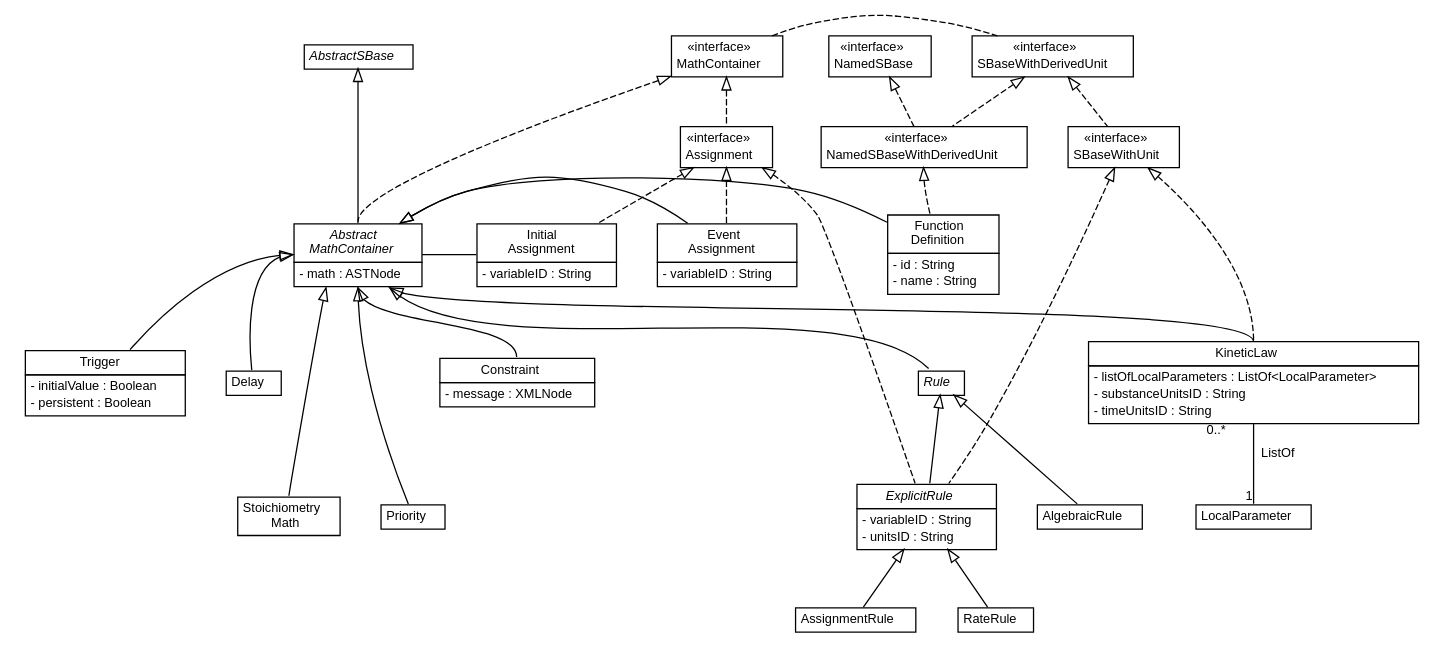
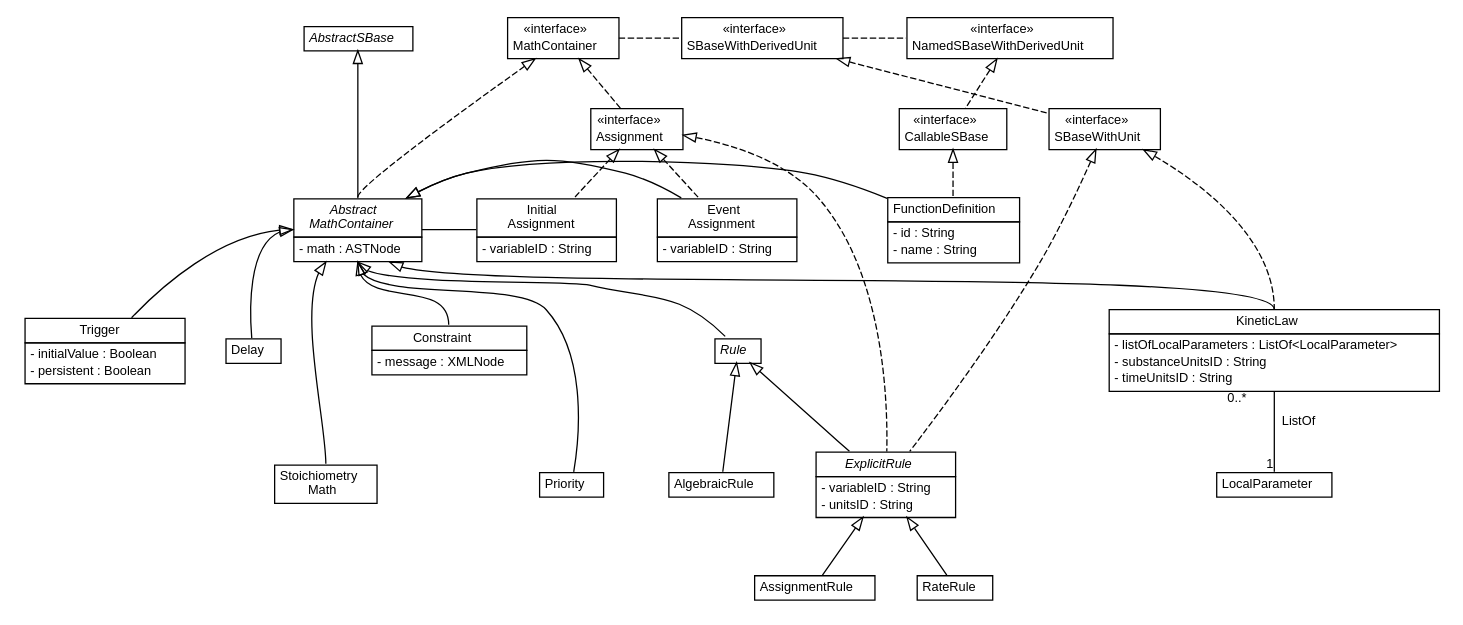
Before and after one commit to sbmlteam/jsbml: the diagram in doc/img/MathContainer.dot, drawn with Graphviz. The commit also changed 10 other files, not shown here.

Commit message:
Updated and improved the documentation about differences between JSBML and libSBML.

```diff
--- a/doc/img/MathContainer.dot
+++ b/doc/img/MathContainer.dot
@@ -19,7 +19,7 @@
 // <tr><td align="center" balign="center"> SBase </td></tr>
 // 		</table></td></tr>
 // 		</table>>, fontname="Helvetica", fontcolor="black", fontsize=10.0];
-// //org.sbml.jsbml.NamedSBaseWithDerivedUnit implements org.sbml.jsbml.NamedSBase
+// //org.sbml.jsbml.CallableSBase implements org.sbml.jsbml.NamedSBaseWithDerivedUnit
 // 	c:p -> c11:p [dir=back,arrowtail=empty,style=dashed];
 // //org.sbml.jsbml.AbstractSBase implements org.sbml.jsbml.SBase
 // 	c:p -> c18:p [dir=back,arrowtail=empty,style=dashed];
@@ -114,11 +114,11 @@
 // <tr><td align="center" balign="center"> ListOf&lt;T extends SBase&gt; </td></tr>
 // 		</table></td></tr>
 // 		</table>>, fontname="Helvetica", fontcolor="black", fontsize=10.0];
-	// org.sbml.jsbml.NamedSBaseWithDerivedUnit
-	c11 [height=0.1,width=0.1,label=<<table title="org.sbml.jsbml.NamedSBaseWithDerivedUnit" border="0" cellborder="1" cellspacing="0" cellpadding="2" port="p">
+	// org.sbml.jsbml.CallableSBase
+	c11 [height=0.1,width=0.1,label=<<table title="org.sbml.jsbml.CallableSBase" border="0" cellborder="1" cellspacing="0" cellpadding="2" port="p">
 		<tr><td><table border="0" cellspacing="0" cellpadding="1">
 <tr><td align="center" balign="center"> &#171;interface&#187; </td></tr>
-<tr><td align="center" balign="center"> NamedSBaseWithDerivedUnit </td></tr>
+<tr><td align="center" balign="center"> CallableSBase </td></tr>
 		</table></td></tr>
 		</table>>, fontname="Helvetica", fontcolor="black", fontsize=10.0];
 	// org.sbml.jsbml.AbstractMathContainer
@@ -158,7 +158,7 @@
 	// org.sbml.jsbml.FunctionDefinition
 	c17 [height=0.1,label=<<table title="org.sbml.jsbml.FunctionDefinition" border="0" cellborder="1" cellspacing="0" cellpadding="2" port="p">
 		<tr><td><table border="0" cellspacing="0" cellpadding="1">
-<tr><td align="center" balign="center"> Function<br/>Definition </td></tr>
+<tr><td align="center" balign="center"> FunctionDefinition </td></tr>
 		</table></td></tr>
 		<tr><td><table border="0" cellspacing="0" cellpadding="1">
 <tr><td align="left" balign="left"> - id : String </td></tr>
@@ -183,7 +183,7 @@
 	//org.sbml.jsbml.EventAssignment extends org.sbml.jsbml.AbstractMathContainer
 	c12:p -> c0:p [dir=back,arrowtail=empty];
 	//org.sbml.jsbml.Rule extends org.sbml.jsbml.AbstractMathContainer
-	c12:se -> c1:nw [dir=back,arrowtail=empty];
+	c12:s -> c1:nw [dir=back,arrowtail=empty];
 	//org.sbml.jsbml.AlgebraicRule extends org.sbml.jsbml.Rule
 	c1:p -> c2:p [dir=back,arrowtail=empty];
 	//org.sbml.jsbml.ExplicitRule extends org.sbml.jsbml.Rule
@@ -224,7 +224,7 @@
 	c16:s -> c21:p [taillabel="0..*       ", label="  ListOf", headlabel="1", fontname="Helvetica", fontcolor="black", fontsize=10.0, color="black", arrowhead=none, arrowtail=diamond];
 	//org.sbml.jsbml.FunctionDefinition extends org.sbml.jsbml.AbstractMathContainer
 	c12:p -> c17:p [dir=back,arrowtail=empty];
-	//org.sbml.jsbml.FunctionDefinition implements org.sbml.jsbml.NamedSBaseWithDerivedUnit
+	//org.sbml.jsbml.FunctionDefinition implements org.sbml.jsbml.CallableSBase
 	c11:s -> c17:p [dir=back,arrowtail=empty,style=dashed];
 	// MathContainer
 	c18[label=<<table title="org.sbml.jsbml.MathContainer" border="0" cellborder="1" cellspacing="0" cellpadding="2" port="p">
@@ -260,11 +260,11 @@
 <tr><td align="center" balign="center"> SBaseWithDerivedUnit </td></tr>
 		</table></td></tr>
 		</table>>, fontname="Helvetica", fontcolor="black", fontsize=10.0];
-        // NamedSBase
-        c23 [height=0.1,width=0.1,label=<<table title="org.sbml.jsbml.NamedSBase" border="0" cellborder="1" cellspacing="0" cellpadding="2" port="p">
+        // NamedSBaseWithDerivedUnit
+        c23 [height=0.1,width=0.1,label=<<table title="org.sbml.jsbml.NamedSBaseWithDerivedUnit" border="0" cellborder="1" cellspacing="0" cellpadding="2" port="p">
 		<tr><td><table border="0" cellspacing="0" cellpadding="1">
 <tr><td align="center" balign="center"> &#171;interface&#187; </td></tr>
-<tr><td align="center" balign="center"> NamedSBase </td></tr>
+<tr><td align="center" balign="center"> NamedSBaseWithDerivedUnit </td></tr>
 		</table></td></tr>
 		</table>>, fontname="Helvetica", fontcolor="black", fontsize=10.0];
 	// org.sbml.jsbml.SBaseWithUnit
@@ -295,7 +295,8 @@
 c1:s -> c17:n [style="invis"];
 c18:p -> c22:p [dir=back,arrowtail=none,style=dashed,arrowhead=empty];
 // c22:p -> c12:n [dir=back,arrowtail=empty,style=dashed];
-c22:p -> c11:p [dir=back,arrowtail=empty,style=dashed];
+c22:p -> c23:p [dir=back,arrowtail=empty,style=dashed];
+{rank="same"; c22; c23}
 c23:p -> c11:p [dir=back,arrowtail=empty,style=dashed];
 c22:p -> c33:p [dir=back,arrowtail=empty,style=dashed];
 c33:p -> c32:p [dir=back,arrowtail=empty,style=dashed]; // ExplicitRule
```
